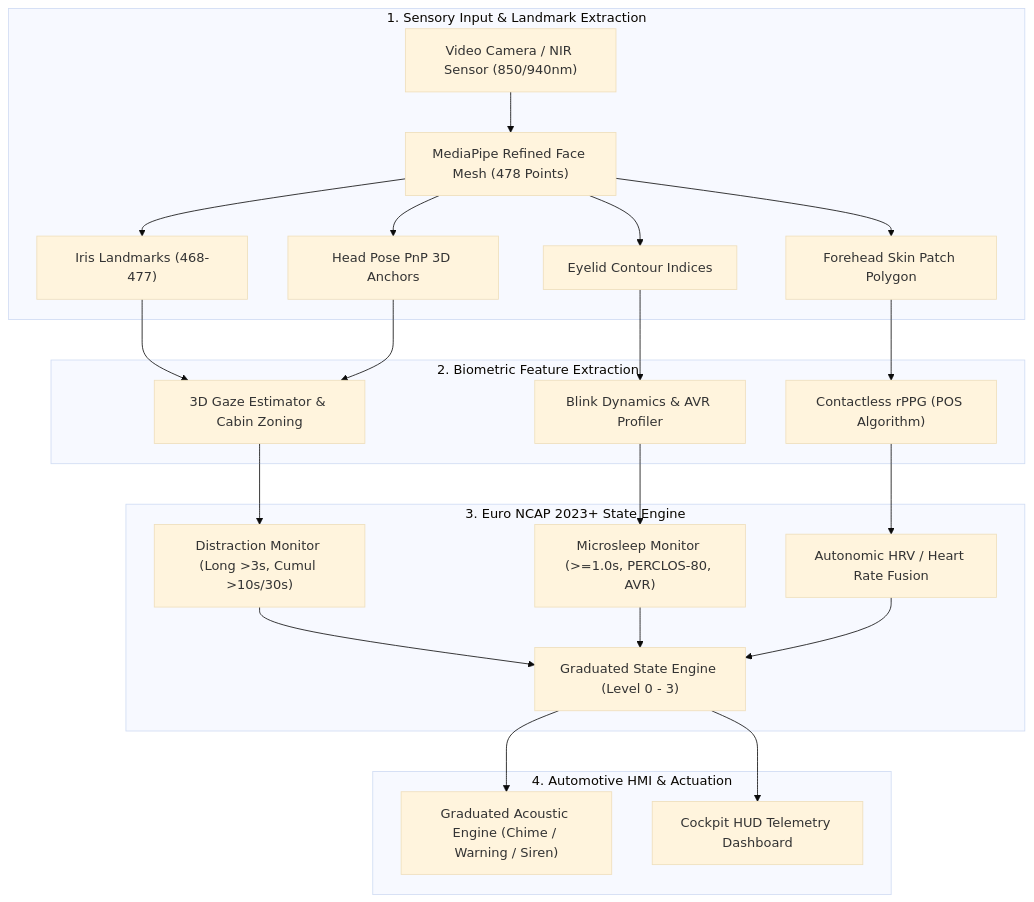
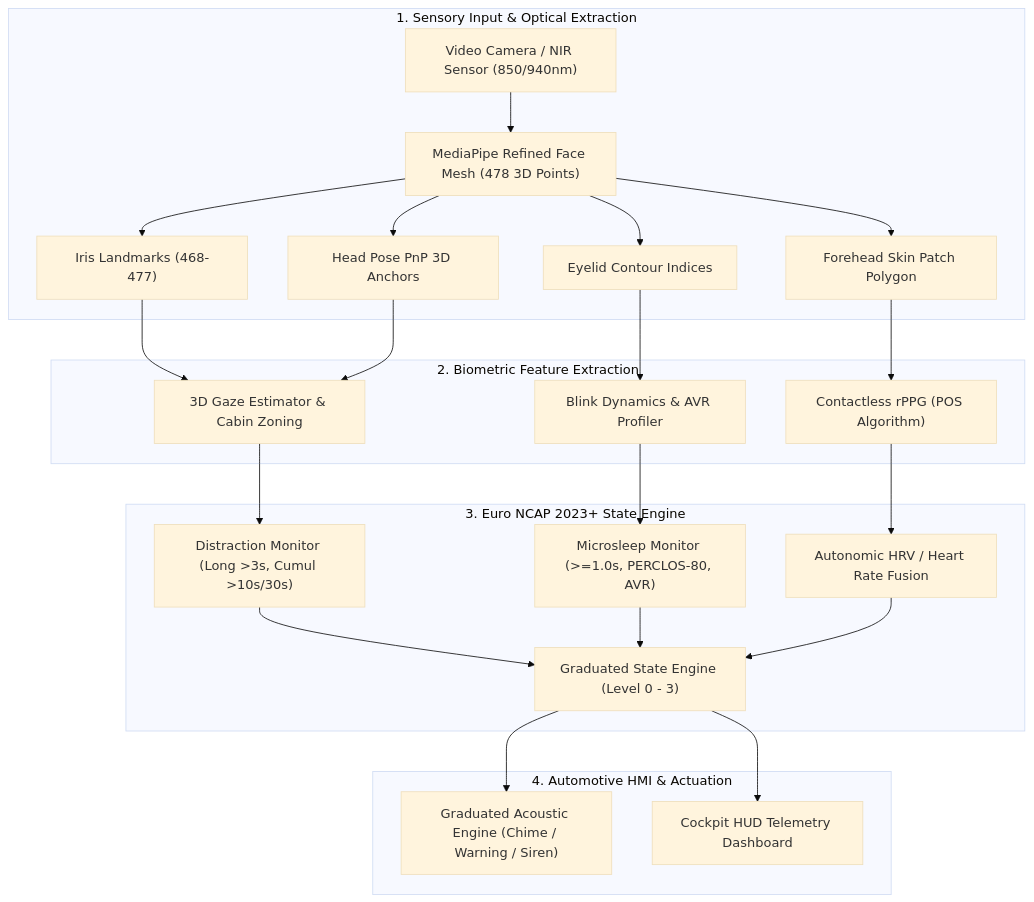
The diagram in README.md (imshubham22apr-gif/Driver-Drowsiness-System), drawn with Mermaid (base theme) before and after one commit. The commit also changed other lines of this file, not shown here.

Commit message:
docs: rewrite README with research-grade Velaris-style architecture, diagrams, and Euro NCAP pillars

````diff
--- a/README.md
+++ b/README.md
@@ -174,28 +46,28 @@
 ```mermaid
 flowchart TD
-    subgraph SENSING["1. Sensory Input & Landmark Extraction"]
-        CAM["Video Camera / NIR Sensor (850/940nm)"] --> MESH["MediaPipe Refined Face Mesh (478 Points)"]
+    subgraph SENSING["1. Sensory Input & Optical Extraction"]
+        CAM["Video Camera / NIR Sensor (850/940nm)"] --> MESH["MediaPipe Refined Face Mesh (478 3D Points)"]
         MESH --> IRIS["Iris Landmarks (468-477)"]
         MESH --> POSE_PTS["Head Pose PnP 3D Anchors"]
         MESH --> EYE_PTS["Eyelid Contour Indices"]
         MESH --> SKIN_ROI["Forehead Skin Patch Polygon"]
     end
 
     subgraph ESTIMATION["2. Biometric Feature Extraction"]
         IRIS & POSE_PTS --> GAZE["3D Gaze Estimator & Cabin Zoning"]
         EYE_PTS --> BLINK["Blink Dynamics & AVR Profiler"]
         SKIN_ROI --> RPPG["Contactless rPPG (POS Algorithm)"]
     end
 
     subgraph COMPLIANCE["3. Euro NCAP 2023+ State Engine"]
         GAZE --> NCAP_DISTRACT["Distraction Monitor (Long >3s, Cumul >10s/30s)"]
         BLINK --> NCAP_SLEEP["Microsleep Monitor (>=1.0s, PERCLOS-80, AVR)"]
         RPPG --> BIO_FUSION["Autonomic HRV / Heart Rate Fusion"]
         NCAP_DISTRACT & NCAP_SLEEP & BIO_FUSION --> STATE_ENGINE["Graduated State Engine (Level 0 - 3)"]
     end
 
     subgraph OUTPUT["4. Automotive HMI & Actuation"]
         STATE_ENGINE --> ALERT["Graduated Acoustic Engine (Chime / Warning / Siren)"]
         STATE_ENGINE --> HUD["Cockpit HUD Telemetry Dashboard"]
     end
 ```
````
